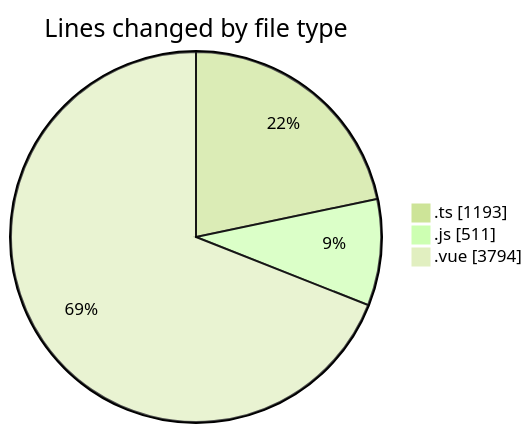
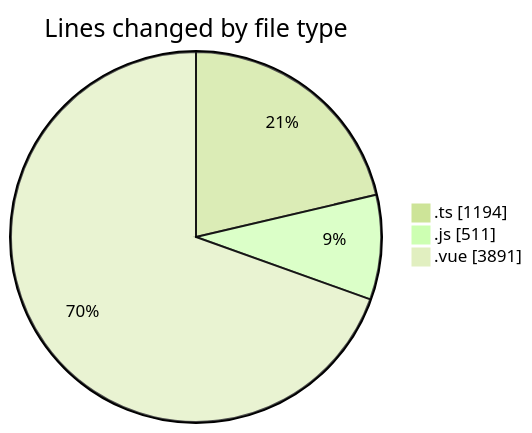
Before and after one commit to lephambinh05/code-tracking: the first of 2 diagrams in 2025-08-16/rentotp/README.md, drawn with Mermaid (forest theme). The commit also changed other lines of this file and 1 other file, not shown here.

````diff
--- a/2025-08-16/rentotp/README.md
+++ b/2025-08-16/rentotp/README.md
@@ -36,7 +36,7 @@
 ```mermaid
 pie showData
 title Lines changed by file type
-".ts" : 1193
+".ts" : 1194
 ".js" : 511
-".vue" : 3794
+".vue" : 3891
 ```
````
